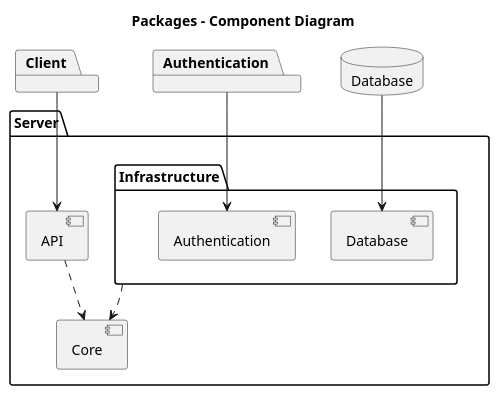
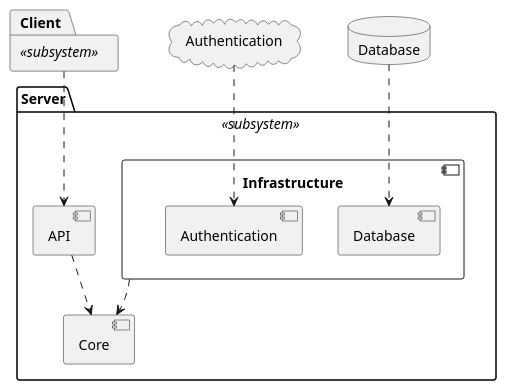
Before and after one commit to toffernator/blueberry: the diagram in docs/uml/subsystem-decomp.puml, drawn with PlantUML.

Commit message:
No Search/User Component

```diff
--- a/docs/uml/subsystem-decomp.puml
+++ b/docs/uml/subsystem-decomp.puml
@@ -1,30 +1,23 @@
 @startuml
 
-title Packages - Component Diagram
+package "Client" <<subsystem>>
+cloud Authentication
+database Database
 
-package "Client" {
-
-}
-
-package "Server" {
+package "Server" <<subsystem>> {
     [Core]
     [API]
-    package "Infrastructure" {
-        [Database] as IDb
-        [Authentication] as IAuth
+    component "Infrastructure" {
+        [Database] as InfDb
+        [Authentication] as InfAuth
     }
 }
 
-package "Authentication" {
-}
+API ..> Core
+Infrastructure ..> Core
 
-database "Database" as Db {
-}
-
-Client --> API
-Infrastructure ..> Core
-API ..> Core
-Db --> IDb
-Authentication --> IAuth
+Client ..> API
+Authentication ..> InfAuth
+Database ..> InfDb
 
 @enduml
```
